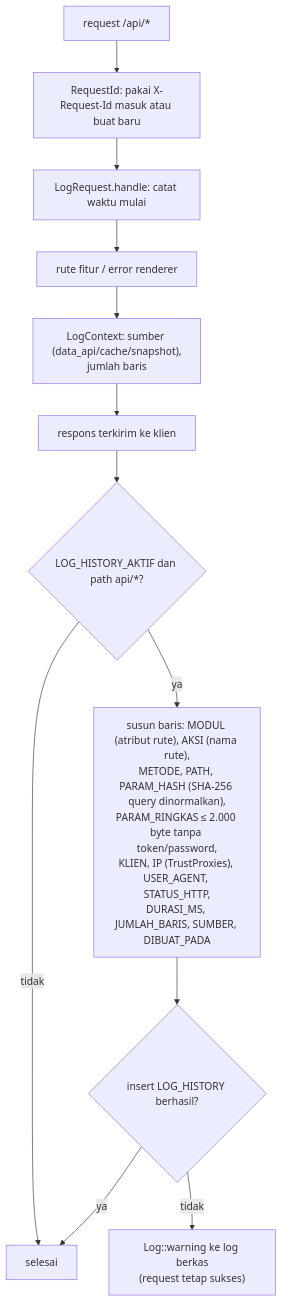
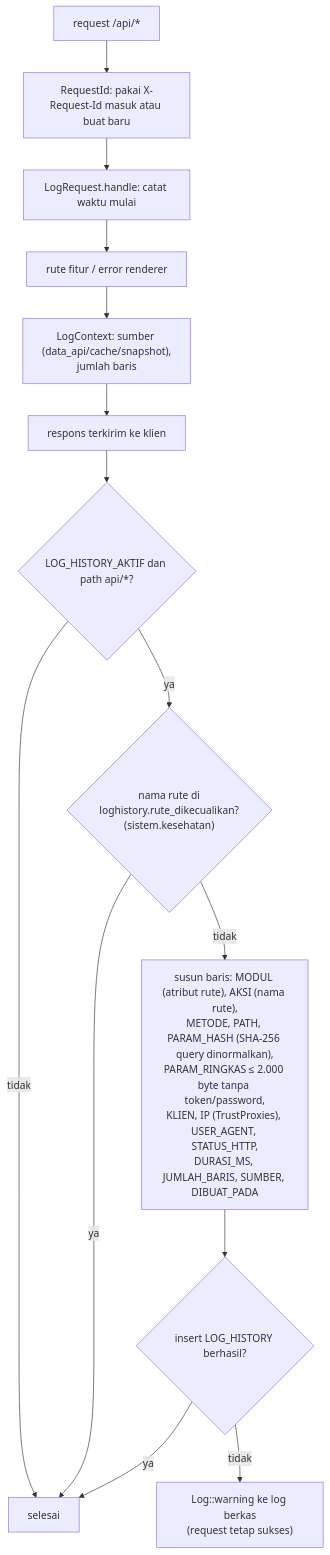
One commit to RantAI-dev/DisparDataPlatform changed the first of 3 diagrams in port/docs/flowchart/log-history.md. Above: the diagram before and after it, drawn with Mermaid. The commit also changed other lines of this file and 30 other files, not shown here.

````diff
--- a/port/docs/flowchart/log-history.md
+++ b/port/docs/flowchart/log-history.md
@@ -11,14 +13,16 @@
 ```mermaid
 flowchart TD
     R["request /api/*"] --> RID["RequestId: pakai X-Request-Id masuk atau buat baru"]
     RID --> M["LogRequest.handle: catat waktu mulai"]
     M --> H["rute fitur / error renderer"]
     H --> K["LogContext: sumber (data_api/cache/snapshot),<br/>jumlah baris"]
     K --> RES["respons terkirim ke klien"]
     RES --> T{"LOG_HISTORY_AKTIF dan path api/*?"}
     T -- tidak --> X["selesai"]
-    T -- ya --> B["susun baris: MODUL (atribut rute), AKSI (nama rute),<br/>METODE, PATH, PARAM_HASH (SHA-256 query dinormalkan),<br/>PARAM_RINGKAS ≤ 2.000 byte tanpa token/password,<br/>KLIEN, IP (TrustProxies), USER_AGENT, STATUS_HTTP,<br/>DURASI_MS, JUMLAH_BARIS, SUMBER, DIBUAT_PADA"]
+    T -- ya --> X2{"nama rute di<br/>loghistory.rute_dikecualikan?<br/>(sistem.kesehatan)"}
+    X2 -- ya --> X
+    X2 -- tidak --> B["susun baris: MODUL (atribut rute), AKSI (nama rute),<br/>METODE, PATH, PARAM_HASH (SHA-256 query dinormalkan),<br/>PARAM_RINGKAS ≤ 2.000 byte tanpa token/password,<br/>KLIEN, IP (TrustProxies), USER_AGENT, STATUS_HTTP,<br/>DURASI_MS, JUMLAH_BARIS, SUMBER, DIBUAT_PADA"]
     B --> W{"insert LOG_HISTORY berhasil?"}
     W -- ya --> X
     W -- tidak --> F["Log::warning ke log berkas<br/>(request tetap sukses)"]
 ```
````
